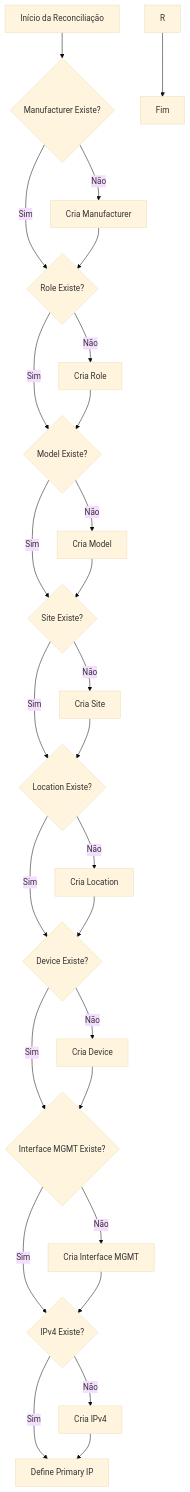
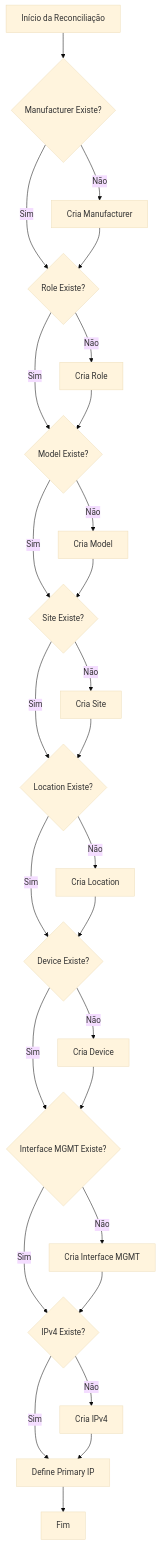
The second of 2 diagrams in README.md (ozumaru/Netbox_API_Requests), drawn with Mermaid (base theme) before and after one commit.

Commit message:
[NETBOX] - Primeiro Commit

````diff
--- a/README.md
+++ b/README.md
@@ -204,31 +204,31 @@
 ```mermaid
 flowchart TD
 
 A[Início da Reconciliação] --> B[Comparar Estado Atual vs Estado Desejado]
 B{Manufacturer Existe?}
 B -- Sim --> C{Role Existe?}
 B -- Não --> B1[Cria Manufacturer] --> C
 
 C -- Sim --> D{Model Existe?}
 C -- Não --> C1[Cria Role] --> D
 
 D -- Sim --> E{Site Existe?}
 D -- Não --> D1[Cria Model] --> E
 
 E -- Sim --> F{Location Existe?}
 E -- Não --> E1[Cria Site] --> F
 
 F -- Sim --> G{Device Existe?}
 F -- Não --> F1[Cria Location] --> G
 
 G -- Sim --> H{Interface MGMT Existe?}
 G -- Não --> G1[Cria Device] --> H
 
 H -- Sim --> I{IPv4 Existe?}
 H -- Não --> H1[Cria Interface MGMT] --> I
 
 I -- Sim --> J[Define Primary IP]
 I -- Não --> I1[Cria IPv4] --> J
 
-R --> S[Fim]
+J --> K[Fim]
 ```
````
